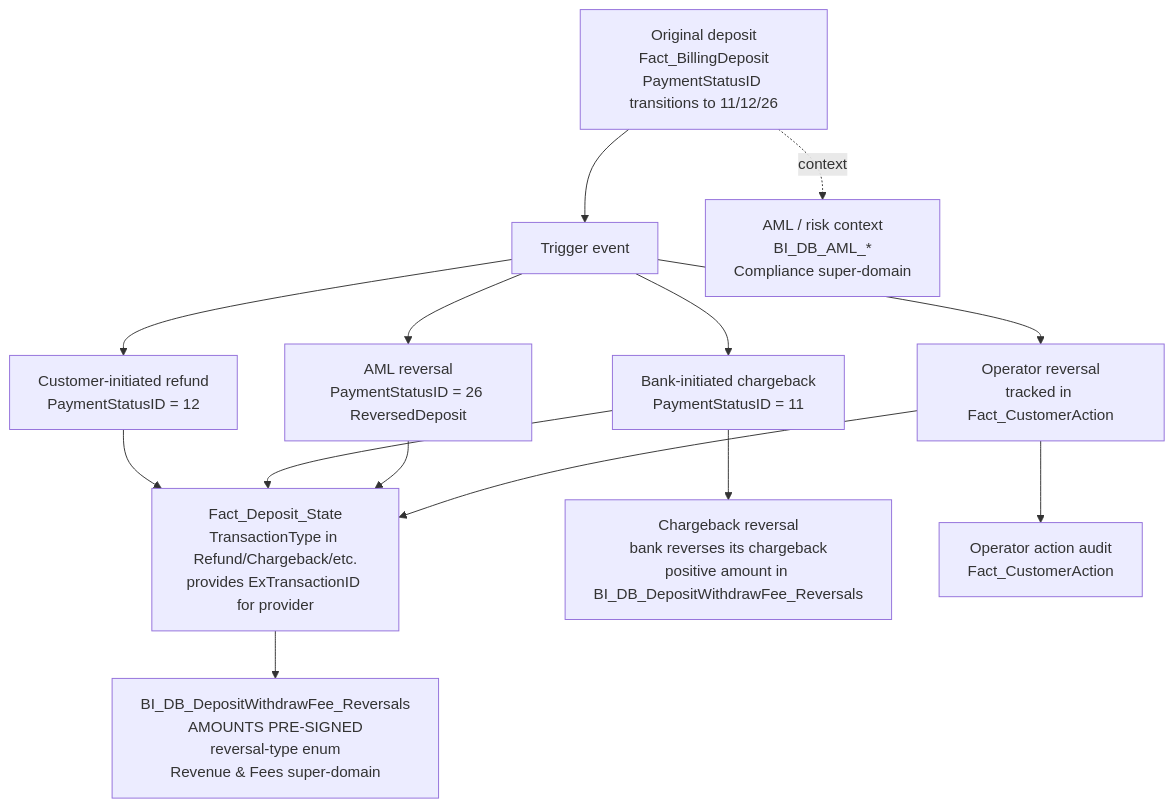
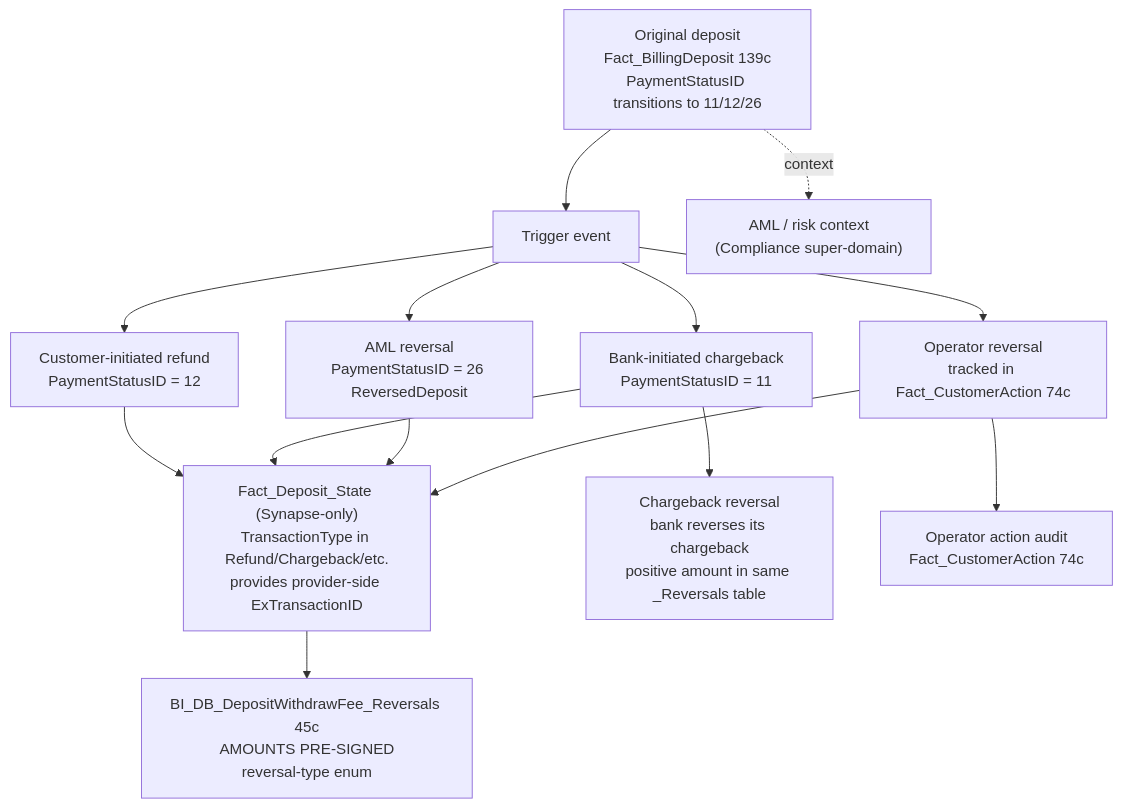
Before and after one commit to guyman-tr/Databricks_Knowledge: the diagram in knowledge/skills/domain-cross/refund-chargeback-chain.md, drawn with Mermaid. The commit also changed other lines of this file and 4 other files, not shown here.

````diff
--- a/knowledge/skills/domain-cross/refund-chargeback-chain.md
+++ b/knowledge/skills/domain-cross/refund-chargeback-chain.md
@@ -58,32 +110,27 @@
 ```mermaid
 graph TB
-    Dep[Original deposit<br/>Fact_BillingDeposit<br/>PaymentStatusID transitions to 11/12/26]
-    Trig[Trigger event]
-    Refund[Customer-initiated refund<br/>PaymentStatusID = 12]
-    Chargeback[Bank-initiated chargeback<br/>PaymentStatusID = 11]
-    AmlRev[AML reversal<br/>PaymentStatusID = 26 ReversedDeposit]
-    OpsRev[Operator reversal<br/>tracked in Fact_CustomerAction]
-
-    StatePost[Fact_Deposit_State<br/>TransactionType in Refund/Chargeback/etc.<br/>provides ExTransactionID for provider]
-
-    RevFee[BI_DB_DepositWithdrawFee_Reversals<br/>AMOUNTS PRE-SIGNED<br/>reversal-type enum<br/>Revenue & Fees super-domain]
-
-    CB_Rev[Chargeback reversal<br/>bank reverses its chargeback<br/>positive amount in BI_DB_DepositWithdrawFee_Reversals]
-
-    AmlCtx[AML / risk context<br/>BI_DB_AML_*<br/>Compliance super-domain]
-
-    Action[Operator action audit<br/>Fact_CustomerAction]
+    Dep["Original deposit<br/>Fact_BillingDeposit 139c<br/>PaymentStatusID transitions to 11/12/26"]
+    Trig["Trigger event"]
+    Refund["Customer-initiated refund<br/>PaymentStatusID = 12"]
+    Chargeback["Bank-initiated chargeback<br/>PaymentStatusID = 11"]
+    AmlRev["AML reversal<br/>PaymentStatusID = 26 ReversedDeposit"]
+    OpsRev["Operator reversal<br/>tracked in Fact_CustomerAction 74c"]
+    StatePost["Fact_Deposit_State (Synapse-only)<br/>TransactionType in Refund/Chargeback/etc.<br/>provides provider-side ExTransactionID"]
+    RevFee["BI_DB_DepositWithdrawFee_Reversals 45c<br/>AMOUNTS PRE-SIGNED<br/>reversal-type enum"]
+    CB_Rev["Chargeback reversal<br/>bank reverses its chargeback<br/>positive amount in same _Reversals table"]
+    AmlCtx["AML / risk context<br/>(Compliance super-domain)"]
+    Action["Operator action audit<br/>Fact_CustomerAction 74c"]
 
     Dep --> Trig
     Trig --> Refund
     Trig --> Chargeback
     Trig --> AmlRev
     Trig --> OpsRev
     Refund --> StatePost --> RevFee
     Chargeback --> StatePost
     AmlRev --> StatePost
     OpsRev --> StatePost
     Chargeback --> CB_Rev
     Dep -.context.-> AmlCtx
     OpsRev --> Action
 ```
````
